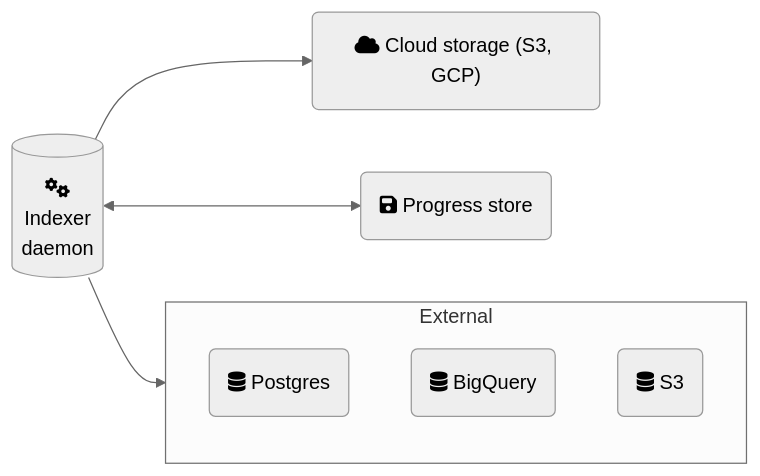
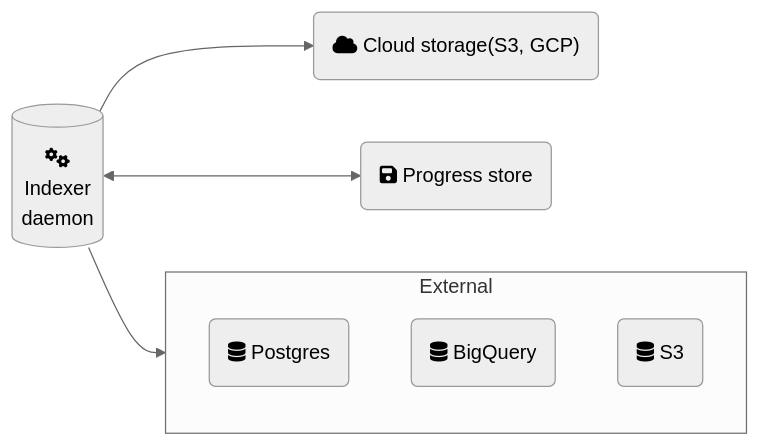
One commit to GeunhwaJeong/haneul-new changed the first of 2 diagrams in docs/content/guides/developer/advanced/custom-indexer.mdx. Above: the diagram before and after it, drawn with Mermaid (neutral theme). The commit also changed other lines of this file, not shown here.

````diff
--- a/docs/content/guides/developer/advanced/custom-indexer.mdx
+++ b/docs/content/guides/developer/advanced/custom-indexer.mdx
@@ -35,15 +35,15 @@
 ```mermaid
 flowchart LR
-  A("fa:fa-cloud Cloud storage (S3, GCP)");
+  A("fa:fa-cloud Cloud storage(S3, GCP)");
   B[("fa:fa-gears
   Indexer
   daemon")];
   B-->A;
   B<-->C("fa:fa-floppy-disk Progress store");
   subgraph External
     D("fa:fa-database Postgres");
     E("fa:fa-database BigQuery");
     F("fa:fa-database S3");
   end
   B-->External
 ```
````
